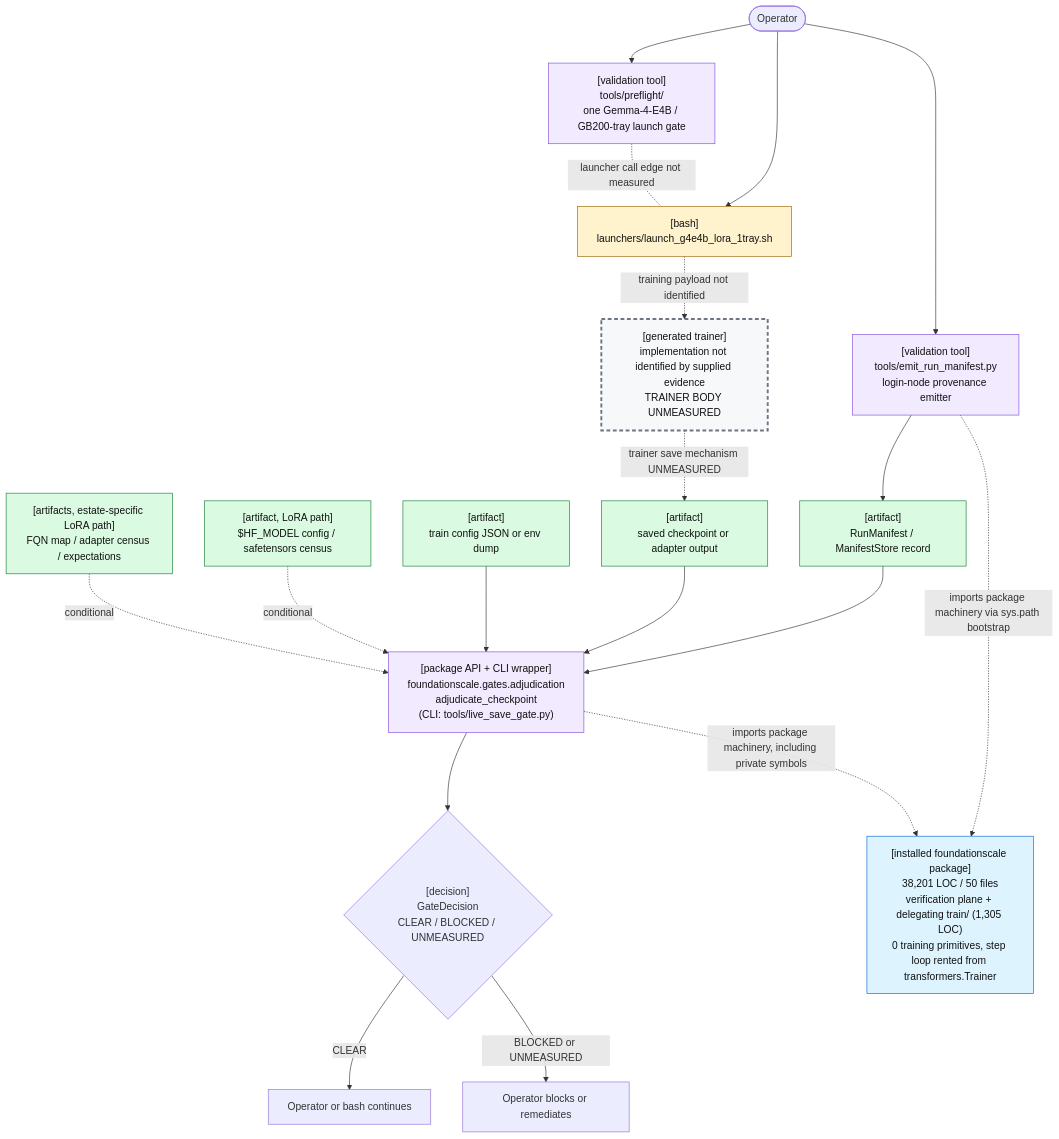
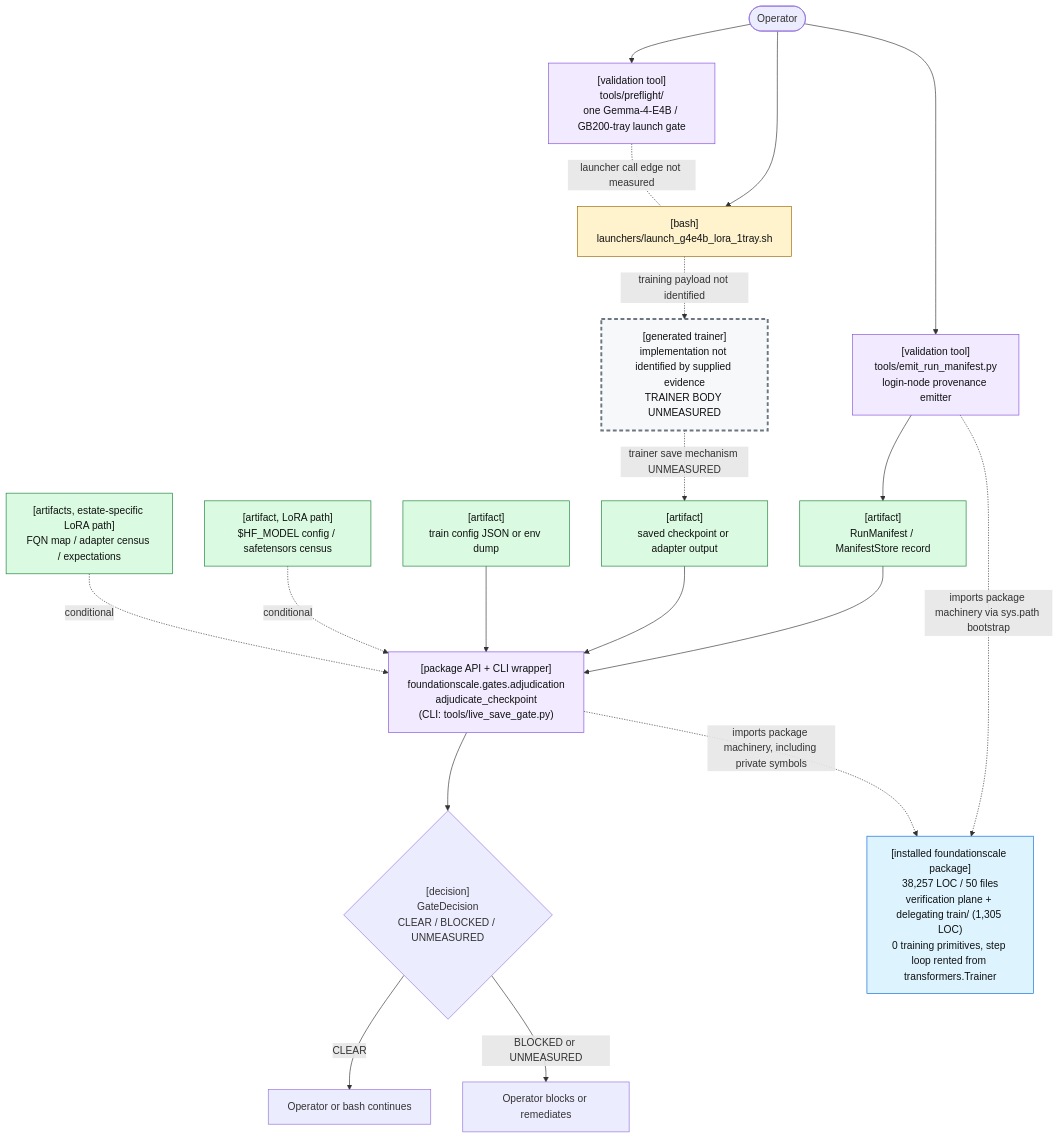
The first of 2 diagrams in docs/review/D2_current_architecture.md (TranNhiem/FoundationScale), drawn with Mermaid before and after one commit. The commit also changed other lines of this file and 19 other files, not shown here.

````diff
--- a/docs/review/D2_current_architecture.md
+++ b/docs/review/D2_current_architecture.md
@@ -25,59 +25,59 @@
 ```mermaid
 flowchart TB
   O(["Operator"])
 
   PF["[validation tool]<br/>tools/preflight/<br/>one Gemma-4-E4B / GB200-tray launch gate"]
   L["[bash]<br/>launchers/launch_g4e4b_lora_1tray.sh"]
 
   E["[validation tool]<br/>tools/emit_run_manifest.py<br/>login-node provenance emitter"]
   M["[artifact]<br/>RunManifest / ManifestStore record"]
 
   T["[generated trainer]<br/>implementation not identified by supplied evidence<br/>TRAINER BODY UNMEASURED"]
   C["[artifact]<br/>saved checkpoint or adapter output"]
 
   G["[package API + CLI wrapper]<br/>foundationscale.gates.adjudication<br/>adjudicate_checkpoint<br/>(CLI: tools/live_save_gate.py)"]
   CFG["[artifact]<br/>train config JSON or env dump"]
   BASE["[artifact, LoRA path]<br/>$HF_MODEL config / safetensors census"]
   CEN["[artifacts, estate-specific LoRA path]<br/>FQN map / adapter census / expectations"]
 
   D{"[decision]<br/>GateDecision<br/>CLEAR / BLOCKED / UNMEASURED"}
   OK["Operator or bash continues"]
   NO["Operator blocks or remediates"]
 
-  PKG["[installed foundationscale package]<br/>38,201 LOC / 50 files<br/>verification plane + delegating train/ (1,305 LOC)<br/>0 training primitives, step loop rented from transformers.Trainer"]
+  PKG["[installed foundationscale package]<br/>38,257 LOC / 50 files<br/>verification plane + delegating train/ (1,305 LOC)<br/>0 training primitives, step loop rented from transformers.Trainer"]
 
   O --> PF
   O --> L
   PF -. "launcher call edge not measured" .- L
 
   O --> E
   E --> M
 
   L -. "training payload not identified" .-> T
   T -. "trainer save mechanism UNMEASURED" .-> C
 
   M --> G
   C --> G
   CFG --> G
   BASE -. "conditional" .-> G
   CEN -. "conditional" .-> G
 
   E -. "imports package machinery via sys.path bootstrap" .-> PKG
   G -. "imports package machinery, including private symbols" .-> PKG
 
   G --> D
   D -->|"CLEAR"| OK
   D -->|"BLOCKED or UNMEASURED"| NO
 
   classDef bash fill:#fff3cd,stroke:#9a6700,color:#111;
   classDef tool fill:#f2eaff,stroke:#8250df,color:#111;
   classDef artifact fill:#dafbe1,stroke:#1a7f37,color:#111;
   classDef gap fill:#f6f8fa,stroke:#6e7781,stroke-width:3px,stroke-dasharray: 6 4,color:#111;
   classDef pkg fill:#ddf4ff,stroke:#0969da,color:#111;
 
   class L bash;
   class PF,E,G tool;
   class M,C,CFG,BASE,CEN artifact;
   class T gap;
   class PKG pkg;
 ```
````
